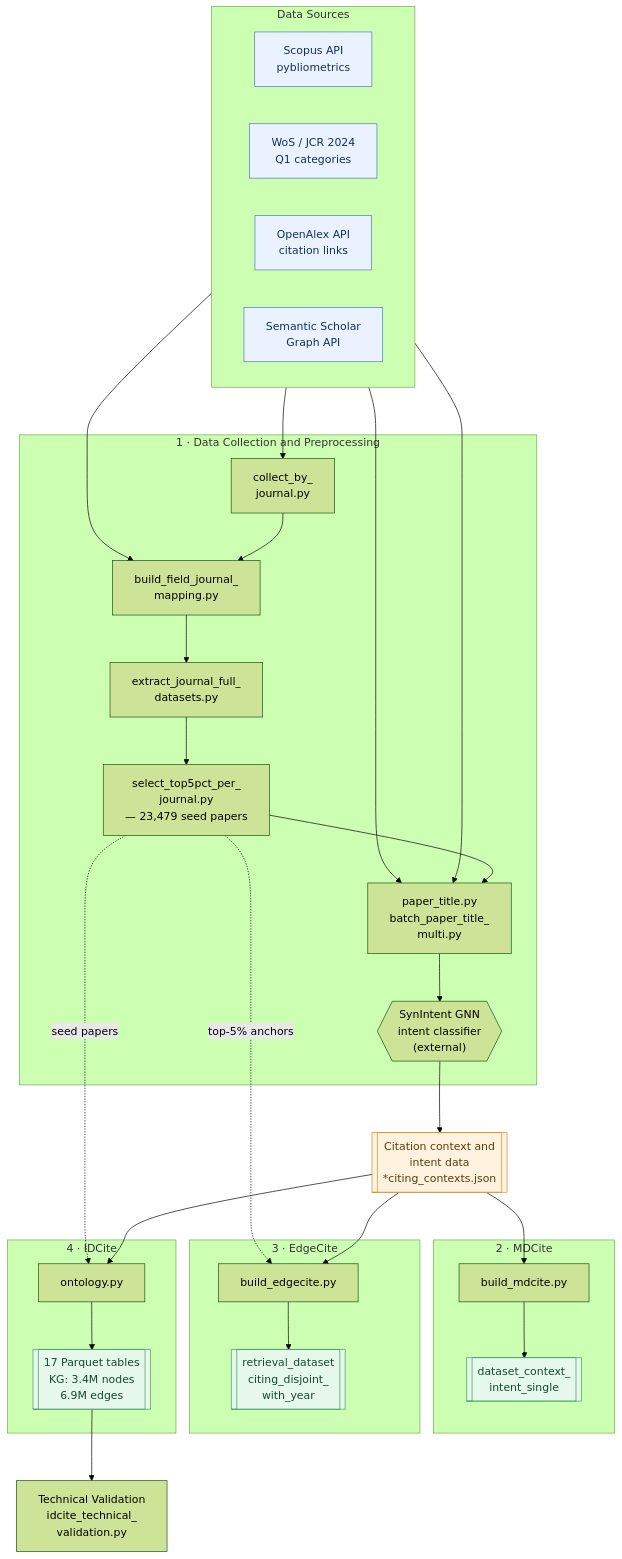
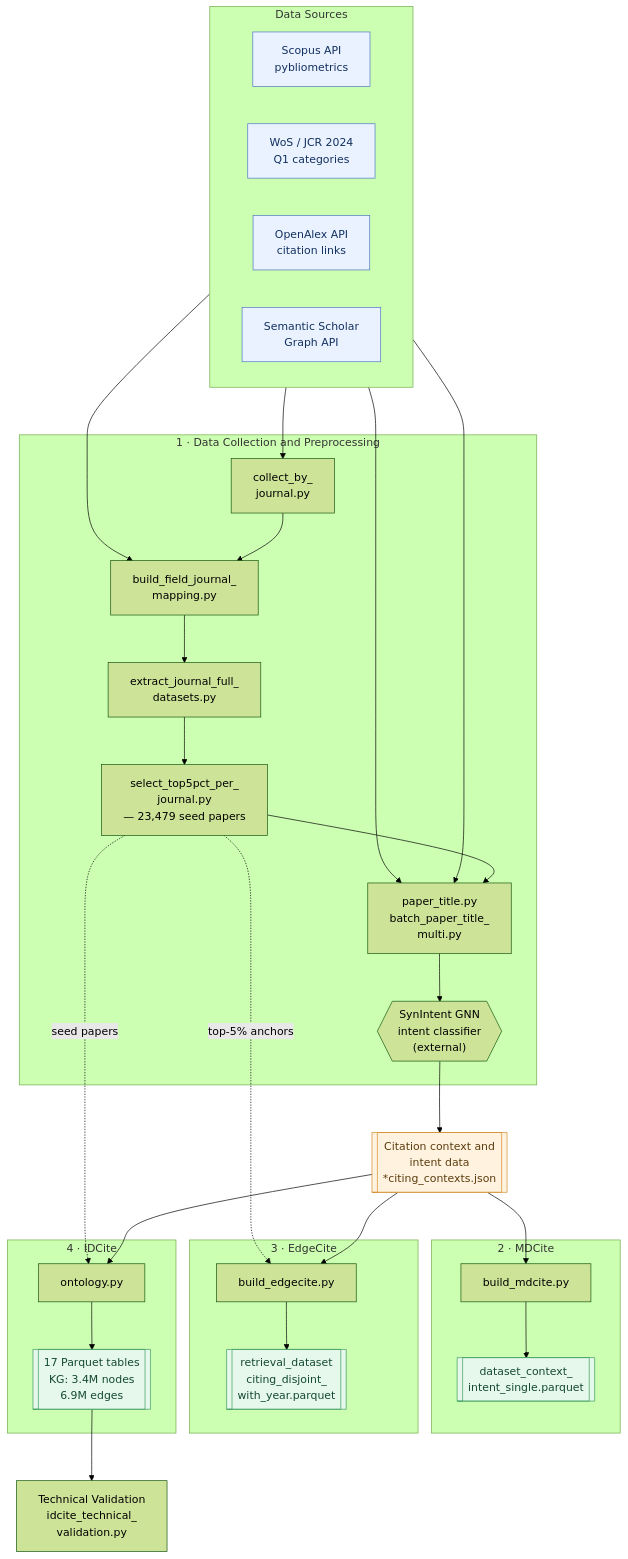
Before and after one commit to SeohyunNam/Temporal-and-Cross-Field-Robustness-of-Citation-Intent-with-Large-Language-Model: the diagram in README.md, drawn with Mermaid (forest theme).

Commit message:
Update file references in README.md to include extensions

````diff
--- a/README.md
+++ b/README.md
@@ -17,54 +17,54 @@
 ```mermaid
 %%{init: {"flowchart": {"padding": 16, "nodeSpacing": 55, "rankSpacing": 70}}}%%
 flowchart TD
     subgraph SRC["Data Sources"]
         direction LR
         S1["Scopus API<br/>pybliometrics"]
         S2["WoS / JCR 2024<br/>Q1 categories"]
         S3["OpenAlex API<br/>citation links"]
         S4["Semantic Scholar<br/>Graph API"]
     end
 
     subgraph P1["1 · Data Collection and Preprocessing"]
         A1["collect_by_<br/>journal.py"]
         A2["build_field_journal_<br/>mapping.py"]
         A3["extract_journal_full_<br/>datasets.py"]
         A4["select_top5pct_per_<br/>journal.py<br/>— 23,479 seed papers"]
         A5["paper_title.py<br/>batch_paper_title_<br/>multi.py"]
         A6{{"SynIntent GNN<br/>intent classifier<br/>(external)"}}
         A1 --> A2 --> A3 --> A4 --> A5 --> A6
     end
 
     CTX[["Citation context and<br/>intent data<br/>*citing_contexts.json"]]
     A6 --> CTX
 
     subgraph P2["2 · MDCite"]
-        B1["build_mdcite.py"] --> B2[["dataset_context_<br/>intent_single<br/>"]]
+        B1["build_mdcite.py"] --> B2[["dataset_context_<br/>intent_single.parquet<br/>"]]
     end
     subgraph P3["3 · EdgeCite"]
-        C1["build_edgecite.py"] --> C2[["retrieval_dataset<br/>citing_disjoint_<br/>with_year"]]
+        C1["build_edgecite.py"] --> C2[["retrieval_dataset<br/>citing_disjoint_<br/>with_year.parquet"]]
     end
     subgraph P4["4 · IDCite"]
         D1["ontology.py"] --> D2[["17 Parquet tables<br/>KG: 3.4M nodes<br/>6.9M edges"]]
     end
 
     VAL["Technical Validation<br/>idcite_technical_<br/>validation.py"]
 
     S1 --> A1
     S2 --> A2
     S3 --> A5
     S4 --> A5
     CTX --> B1
     CTX --> C1
     CTX --> D1
     A4 -. "top-5% anchors" .-> C1
     A4 -. "seed papers" .-> D1
     D2 --> VAL
 
     classDef src fill:#eaf2ff,stroke:#4a76c4,color:#12305e;
     classDef out fill:#e6f7ec,stroke:#3a9d5d,color:#134a2c;
     classDef ctx fill:#fff3e0,stroke:#d18b28,color:#5c3b0c;
     class S1,S2,S3,S4 src;
     class B2,C2,D2 out;
     class CTX ctx;
 ```
````
